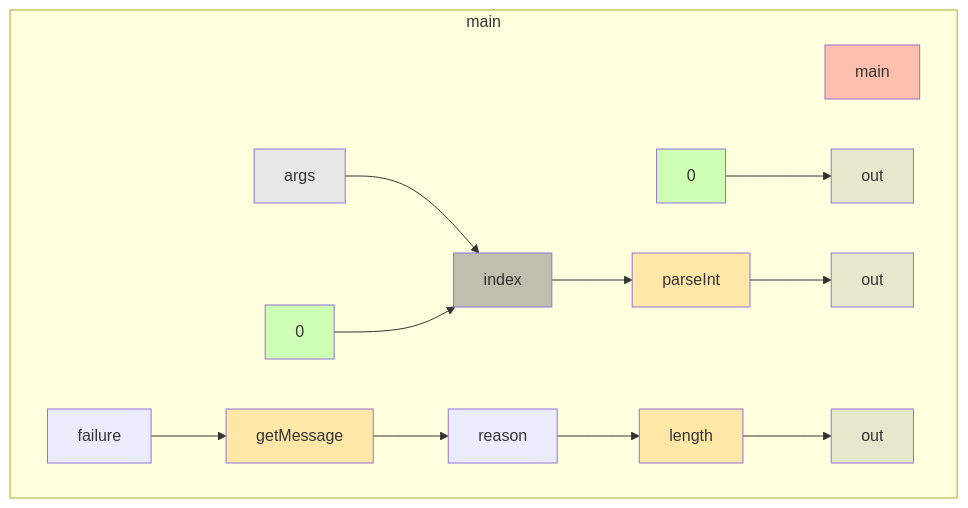
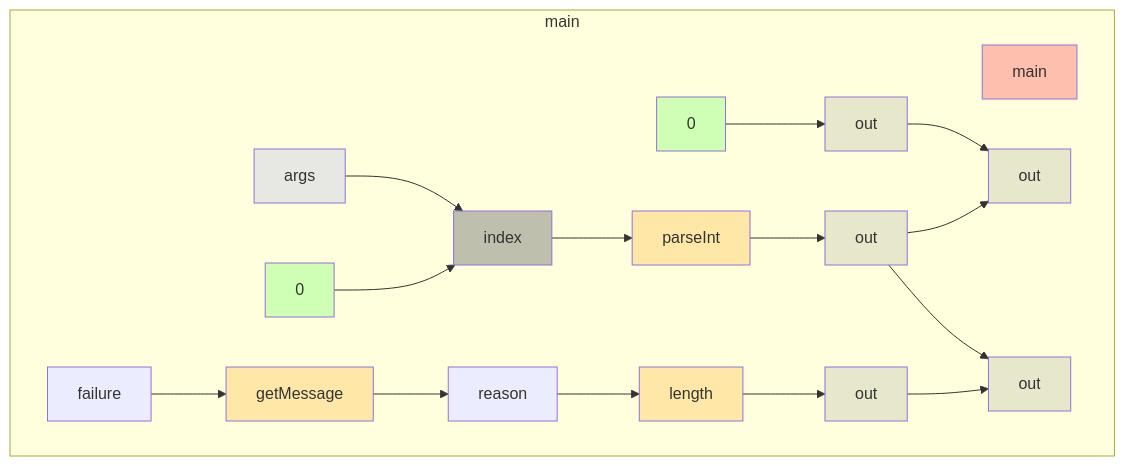
Before and after one commit to gstiebler/codeflow: the diagram in app/src/test/resources/catchParameter/truth.md, drawn with Mermaid. The commit also changed 5 other files, not shown here.

````diff
--- a/app/src/test/resources/catchParameter/truth.md
+++ b/app/src/test/resources/catchParameter/truth.md
@@ -1,34 +1,40 @@
 ```mermaid
 flowchart TD
   subgraph b0["main"]
     n1[main]:::RETURN
     n2[args]:::FUNC_PARAM
     n3[0]:::LITERAL
     n4[out]:::VARIABLE
     n5[0]:::LITERAL
     n6[index]:::BIN_OP
     n7[parseInt]:::EXTERNAL
     n8[out]:::VARIABLE
-    n9[failure]:::OBJ_VARIABLE
-    n10[getMessage]:::EXTERNAL
-    n11[reason]:::OBJ_VARIABLE
-    n12[length]:::EXTERNAL
-    n13[out]:::VARIABLE
+    n9[out]:::VARIABLE
+    n10[failure]:::OBJ_VARIABLE
+    n11[getMessage]:::EXTERNAL
+    n12[reason]:::OBJ_VARIABLE
+    n13[length]:::EXTERNAL
+    n14[out]:::VARIABLE
+    n15[out]:::VARIABLE
     n2[args]:::FUNC_PARAM --> n6[index]:::BIN_OP
     n3[0]:::LITERAL --> n4[out]:::VARIABLE
+    n4[out]:::VARIABLE --> n9[out]:::VARIABLE
     n5[0]:::LITERAL --> n6[index]:::BIN_OP
     n6[index]:::BIN_OP --> n7[parseInt]:::EXTERNAL
     n7[parseInt]:::EXTERNAL --> n8[out]:::VARIABLE
-    n9[failure]:::OBJ_VARIABLE --> n10[getMessage]:::EXTERNAL
-    n10[getMessage]:::EXTERNAL --> n11[reason]:::OBJ_VARIABLE
-    n11[reason]:::OBJ_VARIABLE --> n12[length]:::EXTERNAL
-    n12[length]:::EXTERNAL --> n13[out]:::VARIABLE
+    n8[out]:::VARIABLE --> n9[out]:::VARIABLE
+    n8[out]:::VARIABLE --> n15[out]:::VARIABLE
+    n10[failure]:::OBJ_VARIABLE --> n11[getMessage]:::EXTERNAL
+    n11[getMessage]:::EXTERNAL --> n12[reason]:::OBJ_VARIABLE
+    n12[reason]:::OBJ_VARIABLE --> n13[length]:::EXTERNAL
+    n13[length]:::EXTERNAL --> n14[out]:::VARIABLE
+    n14[out]:::VARIABLE --> n15[out]:::VARIABLE
   end
   classDef LITERAL fill:#00FF0030
   classDef VARIABLE fill:#80808030
   classDef BIN_OP fill:#80808080
   classDef FUNC_PARAM fill:#8080FF30
   classDef RETURN fill:#FF808080
   classDef EXTERNAL fill:#FFA50040
   classDef UNMODELLED fill:#FF000030,stroke-dasharray: 4 2
 ```
````
